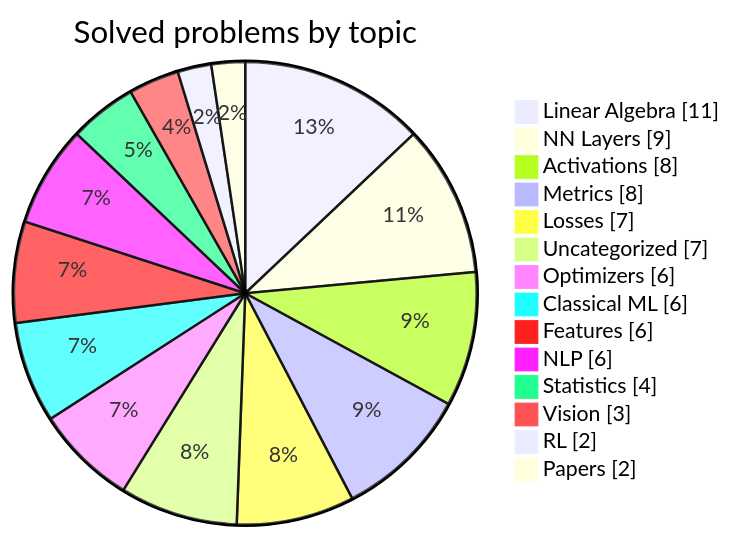
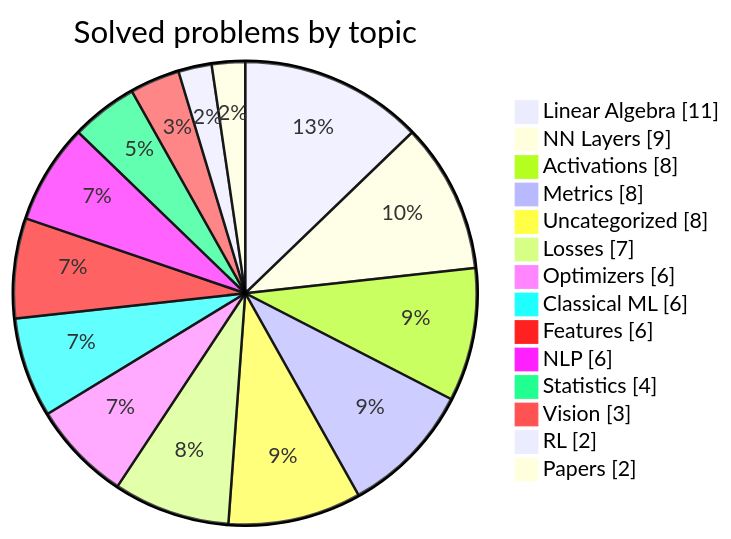
The second of 2 diagrams in README.md (HarryTrn/TensorTonic-Solutions), drawn with Mermaid before and after one commit. The commit also changed other lines of this file, not shown here.

````diff
--- a/README.md
+++ b/README.md
@@ -74,18 +74,18 @@
 ```mermaid
 pie showData
     title Solved problems by topic
     "Linear Algebra" : 11
     "NN Layers" : 9
     "Activations" : 8
     "Metrics" : 8
+    "Uncategorized" : 8
     "Losses" : 7
-    "Uncategorized" : 7
     "Optimizers" : 6
     "Classical ML" : 6
     "Features" : 6
     "NLP" : 6
     "Statistics" : 4
     "Vision" : 3
     "RL" : 2
     "Papers" : 2
 ```
````
